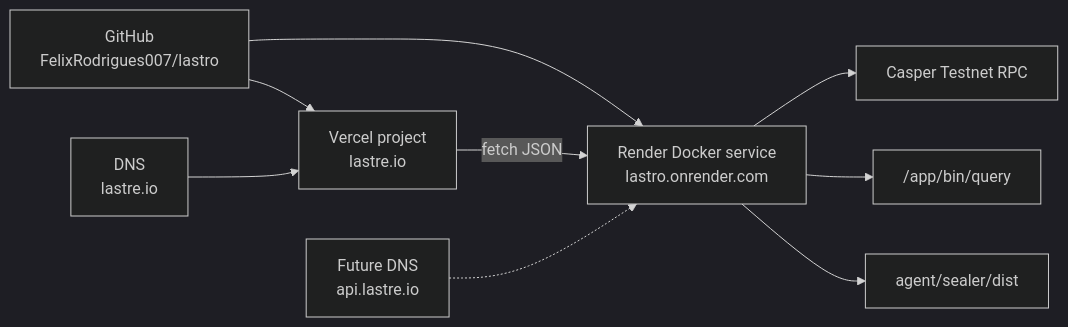
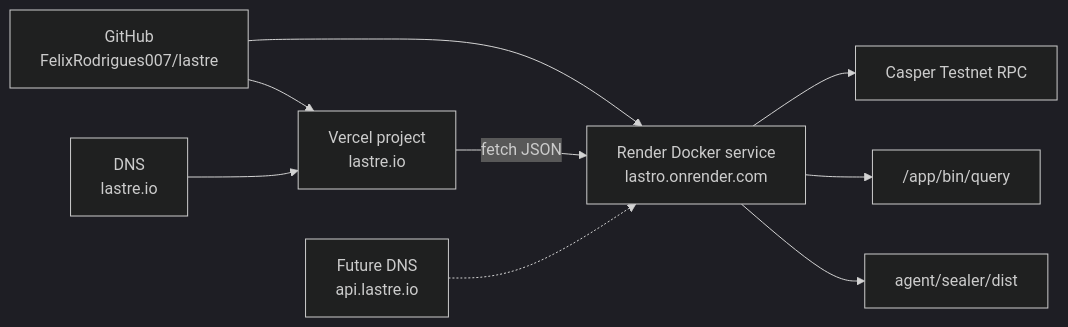
Before and after one commit to FelixRodrigues007/lastre: the eighth of 9 diagrams in docs/ARCHITECTURE_FLOWCHARTS.md, drawn with Mermaid (dark theme). The commit also changed 16 other files, not shown here.

````diff
--- a/docs/ARCHITECTURE_FLOWCHARTS.md
+++ b/docs/ARCHITECTURE_FLOWCHARTS.md
@@ -151,11 +151,11 @@
 ```mermaid
 flowchart LR
-  repo["GitHub\nFelixRodrigues007/lastro"] --> vercel["Vercel project\nlastre.io"]
+  repo["GitHub\nFelixRodrigues007/lastre"] --> vercel["Vercel project\nlastre.io"]
   repo --> render["Render Docker service\nlastro.onrender.com"]
   vercel -->|"fetch JSON"| render
   render --> casper["Casper Testnet RPC"]
   render --> query["/app/bin/query"]
   render --> sealer["agent/sealer/dist"]
   dns["DNS\nlastre.io"] --> vercel
   apiDns["Future DNS\napi.lastre.io"] -.-> render
 ```
````
